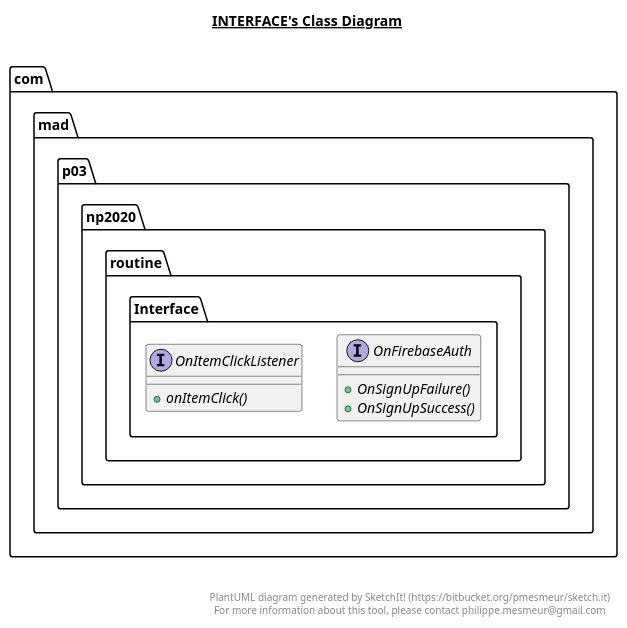
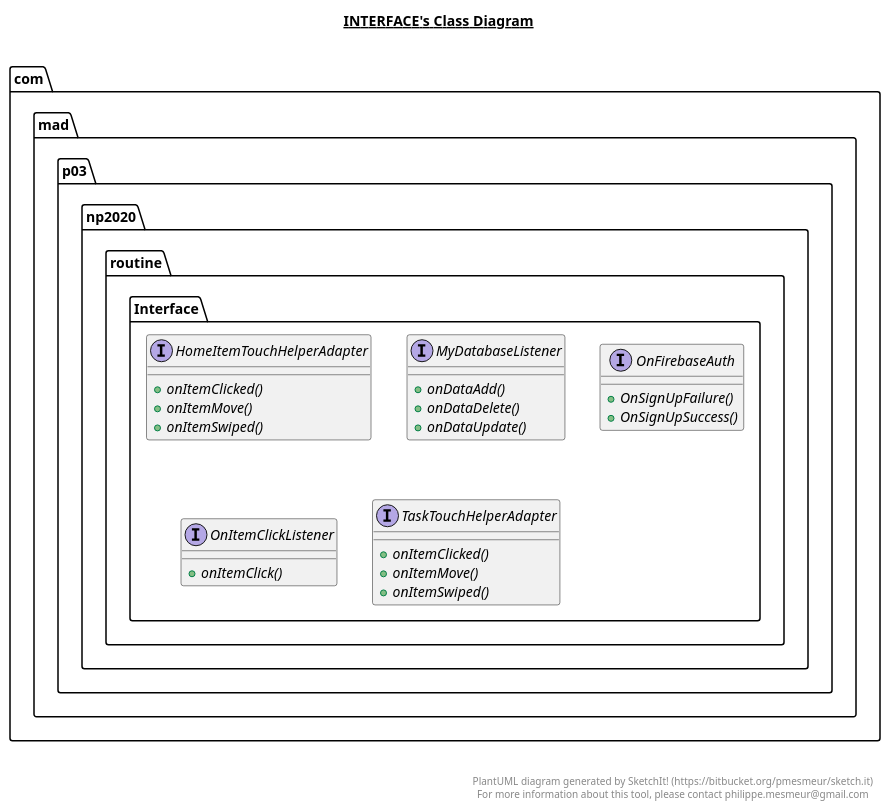
One commit to AppDevIn/Routine changed the diagram in app/src/main/java/com/mad/p03/np2020/routine/Interface/Interface.plantuml. Above: the diagram before and after it, drawn with PlantUML. The commit also changed 7 other files, not shown here.

Commit message:
Update UML Diagram

```diff
--- a/app/src/main/java/com/mad/p03/np2020/routine/Interface/Interface.plantuml
+++ b/app/src/main/java/com/mad/p03/np2020/routine/Interface/Interface.plantuml
@@ -1,33 +1,66 @@
 @startuml
 
 title __INTERFACE's Class Diagram__\n
+
+  namespace com.mad.p03.np2020.routine {
+    namespace Interface {
+      interface com.mad.p03.np2020.routine.Interface.HomeItemTouchHelperAdapter {
+          {abstract} + onItemClicked()
+          {abstract} + onItemMove()
+          {abstract} + onItemSwiped()
+      }
+    }
+  }
+  
+
+  namespace com.mad.p03.np2020.routine {
+    namespace Interface {
+      interface com.mad.p03.np2020.routine.Interface.MyDatabaseListener {
+          {abstract} + onDataAdd()
+          {abstract} + onDataDelete()
+          {abstract} + onDataUpdate()
+      }
+    }
+  }
+  
 
   namespace com.mad.p03.np2020.routine {
     namespace Interface {
       interface com.mad.p03.np2020.routine.Interface.OnFirebaseAuth {
           {abstract} + OnSignUpFailure()
           {abstract} + OnSignUpSuccess()
       }
     }
   }
   
 
   namespace com.mad.p03.np2020.routine {
     namespace Interface {
       interface com.mad.p03.np2020.routine.Interface.OnItemClickListener {
           {abstract} + onItemClick()
       }
     }
   }
   
 
+  namespace com.mad.p03.np2020.routine {
+    namespace Interface {
+      interface com.mad.p03.np2020.routine.Interface.TaskTouchHelperAdapter {
+          {abstract} + onItemClicked()
+          {abstract} + onItemMove()
+          {abstract} + onItemSwiped()
+      }
+    }
+  }
+  
+
 
 
 right footer
 
 
 PlantUML diagram generated by SketchIt! (https://bitbucket.org/pmesmeur/sketch.it)
 For more information about this tool, please contact philippe.mesmeur@gmail.com
 endfooter
 
 @enduml
```
